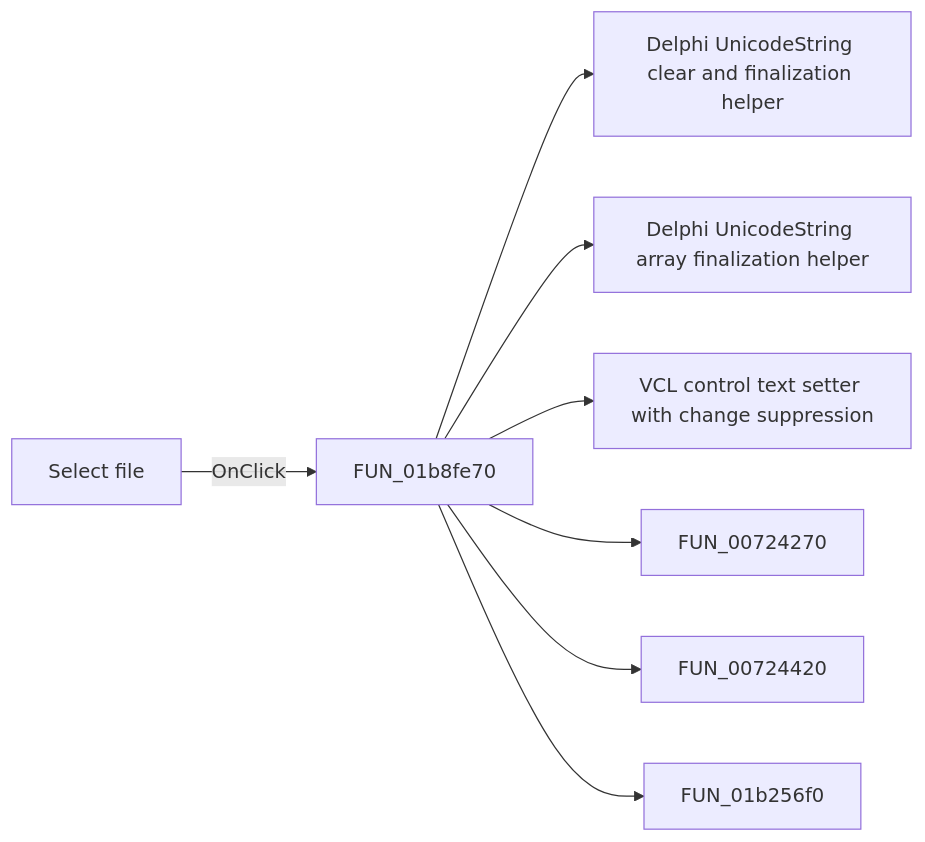
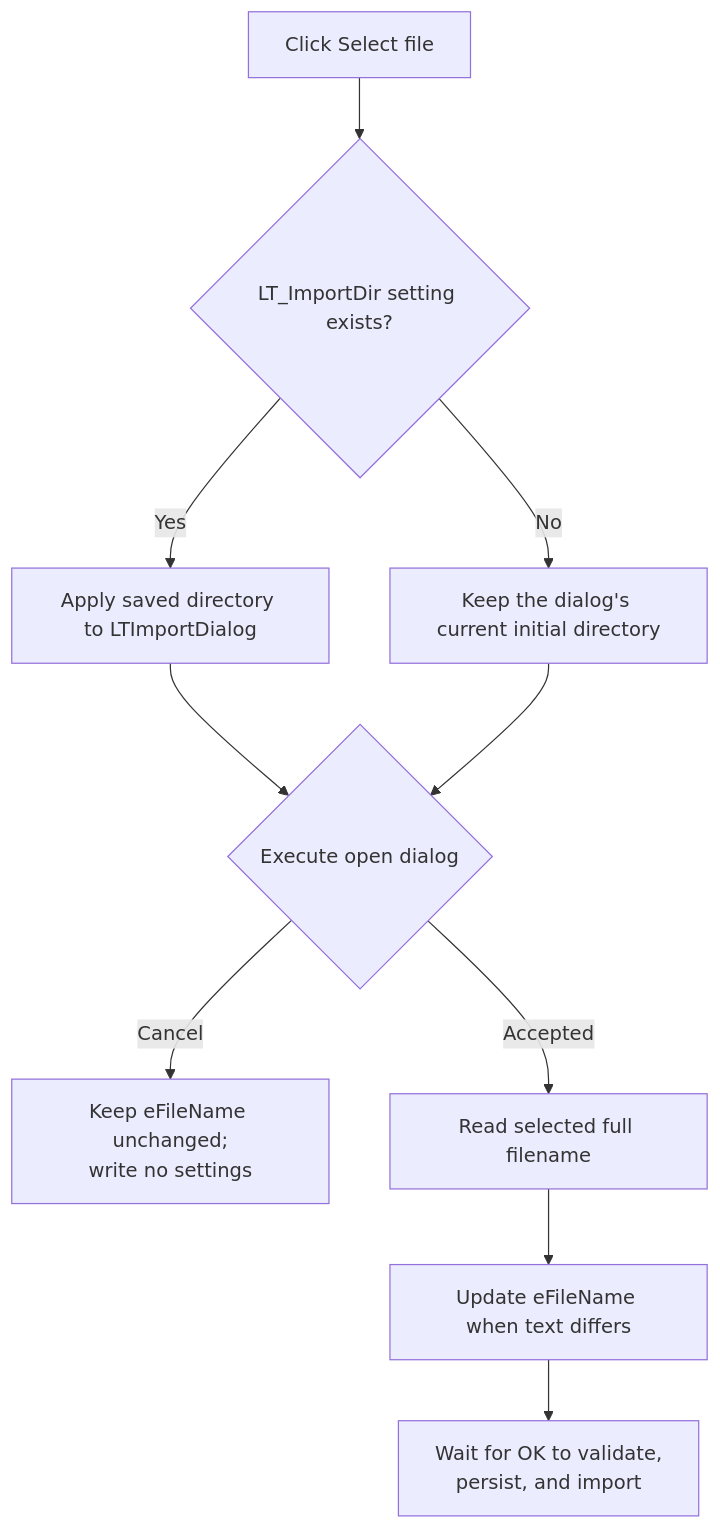
One commit to MovGP0/TIARA changed the diagram in docs/ui-controls/ltspiceimportdlg/sbfileopen-5bb25a8e3e.md. Above: the diagram before and after it, drawn with Mermaid. The commit also changed other lines of this file and 1062 other files, not shown here.

````diff
--- a/docs/ui-controls/ltspiceimportdlg/sbfileopen-5bb25a8e3e.md
+++ b/docs/ui-controls/ltspiceimportdlg/sbfileopen-5bb25a8e3e.md
@@ -27,10 +38,12 @@
 ```mermaid
-flowchart LR
-    control["Select file"] -->|OnClick| handler["FUN_01b8fe70"]
-    handler --> call1["Delphi UnicodeString clear and finalization helper"]
-    handler --> call2["Delphi UnicodeString array finalization helper"]
-    handler --> call3["VCL control text setter with change suppression"]
-    handler --> call4["FUN_00724270"]
-    handler --> call5["FUN_00724420"]
-    handler --> call6["FUN_01b256f0"]
+flowchart TD
+    click["Click Select file"] --> restore{"LT_ImportDir setting exists?"}
+    restore -->|Yes| initialDir["Apply saved directory to LTImportDialog"]
+    restore -->|No| keepDir["Keep the dialog's current initial directory"]
+    initialDir --> execute{"Execute open dialog"}
+    keepDir --> execute
+    execute -->|Cancel| unchanged["Keep eFileName unchanged;<br/>write no settings"]
+    execute -->|Accepted| selected["Read selected full filename"]
+    selected --> update["Update eFileName when text differs"]
+    update --> later["Wait for OK to validate,<br/>persist, and import"]
 ```
````
